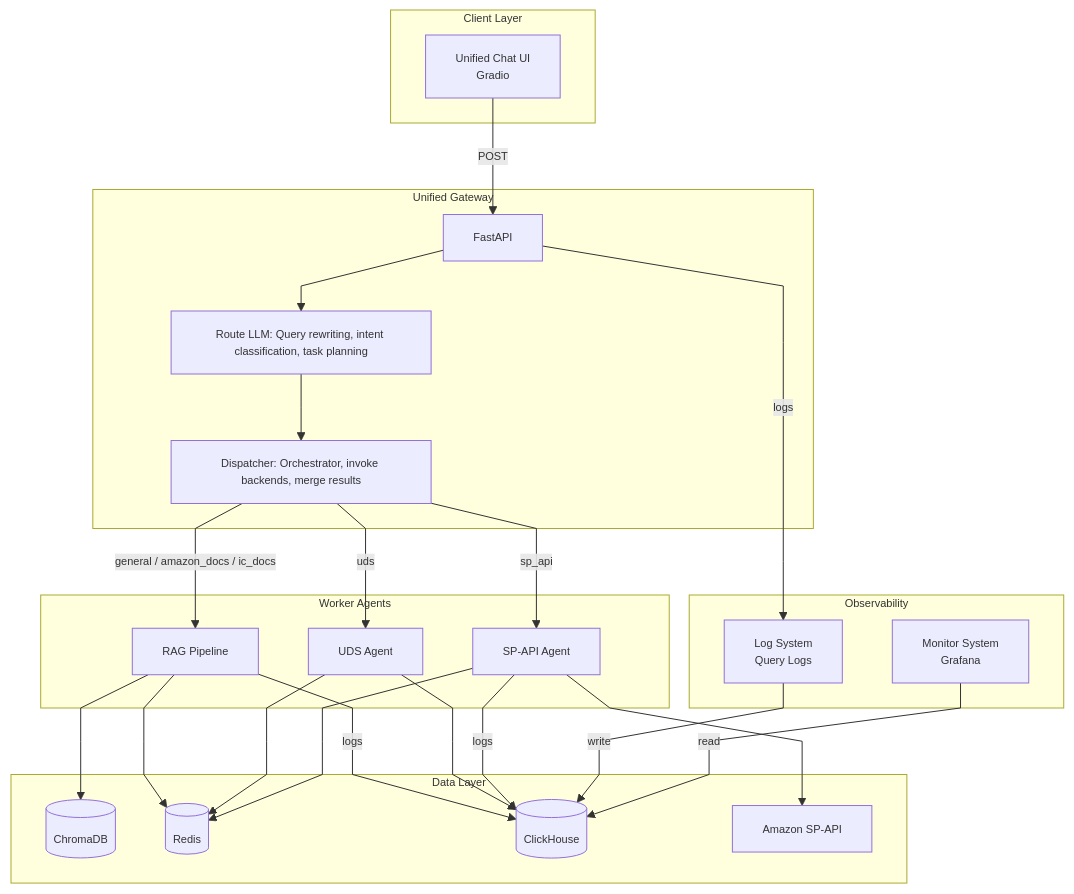
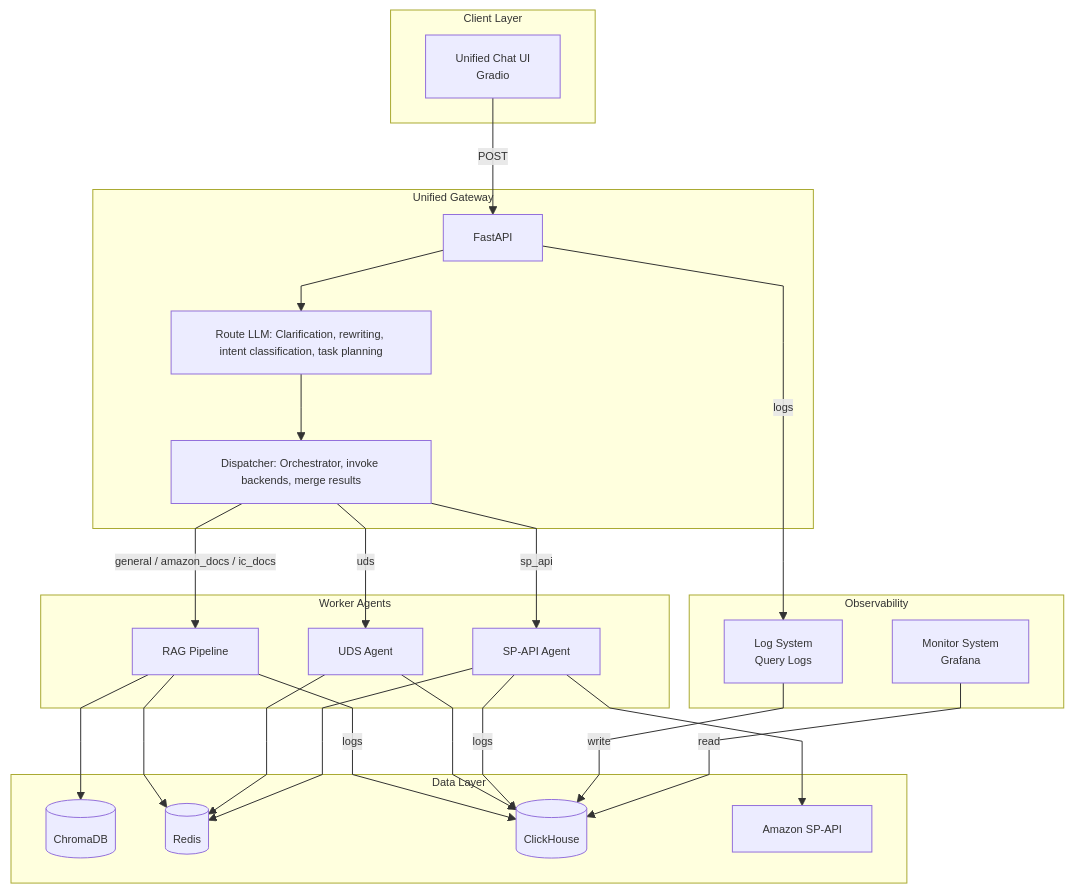
The first of 13 diagrams in docs/FRAMEWORK.md (lenhop/IC-RAG-Agent), drawn with Mermaid before and after one commit. The commit also changed other lines of this file and 14 other files, not shown here.

````diff
--- a/docs/FRAMEWORK.md
+++ b/docs/FRAMEWORK.md
@@ -22,51 +22,51 @@
 ```mermaid
 %%{init: {'themeVariables': {'fontSize': '11px'}, 'flowchart': {'curve': 'linear'}}}%%
 flowchart TB
     subgraph Client["Client Layer"]
         UI[Unified Chat UI<br/>Gradio]
     end
 
     subgraph Gateway["Unified Gateway"]
         API[FastAPI]
-        RouteLLM[Route LLM: Query rewriting, intent classification, task planning]
+        RouteLLM[Route LLM: Clarification, rewriting, intent classification, task planning]
         Dispatcher[Dispatcher: Orchestrator, invoke backends, merge results]
     end
 
     subgraph Backends["Worker Agents"]
         RAG[RAG Pipeline]
         UDS[UDS Agent]
         SP[SP-API Agent]
     end
 
     subgraph Data["Data Layer"]
         Chroma[(ChromaDB)]
         Redis[(Redis)]
         CH[(ClickHouse)]
         SPAPI_EXT[Amazon SP-API]
     end
 
     subgraph Observability["Observability"]
         Monitor[Monitor System<br/>Grafana]
         Log[Log System<br/>Query Logs]
     end
 
     UI -->|POST| API
     API --> RouteLLM
     RouteLLM --> Dispatcher
     Dispatcher -->|general / amazon_docs / ic_docs| RAG
     Dispatcher -->|uds| UDS
     Dispatcher -->|sp_api| SP
 
     RAG --> Chroma
     RAG --> Redis
     RAG -->|logs| CH
     UDS --> CH
     UDS --> Redis
     SP --> SPAPI_EXT
     SP --> Redis
     SP -->|logs| CH
 
     API -->|logs| Log
     Log -->|write| CH
     Monitor -->|read| CH
 ```
````
